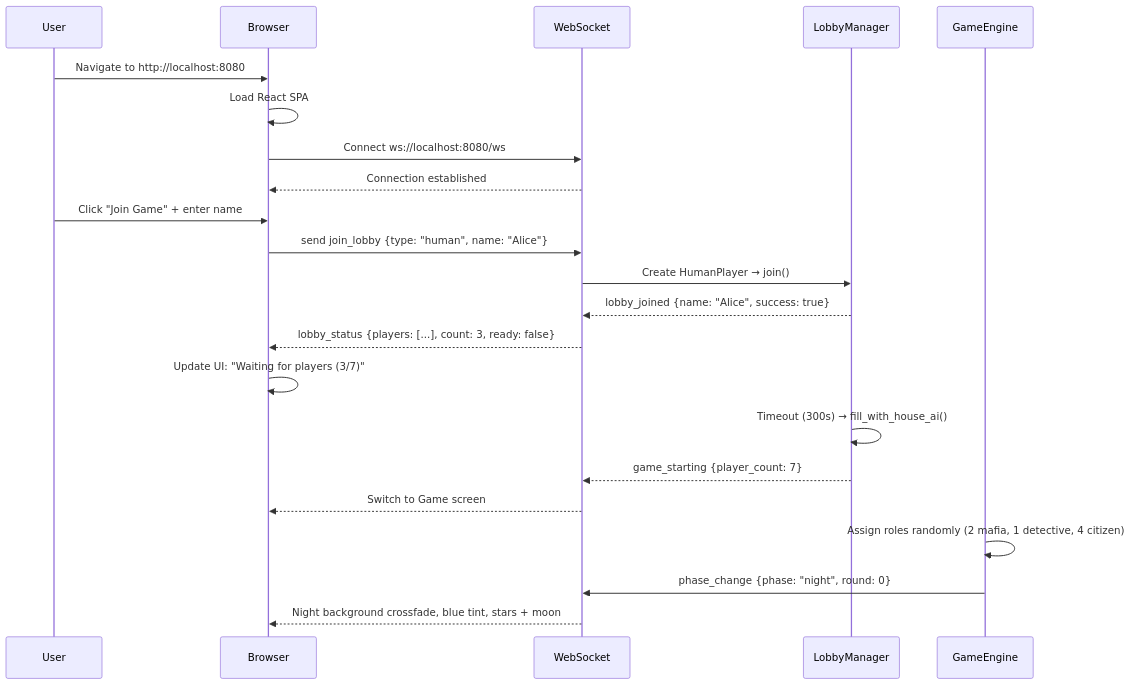
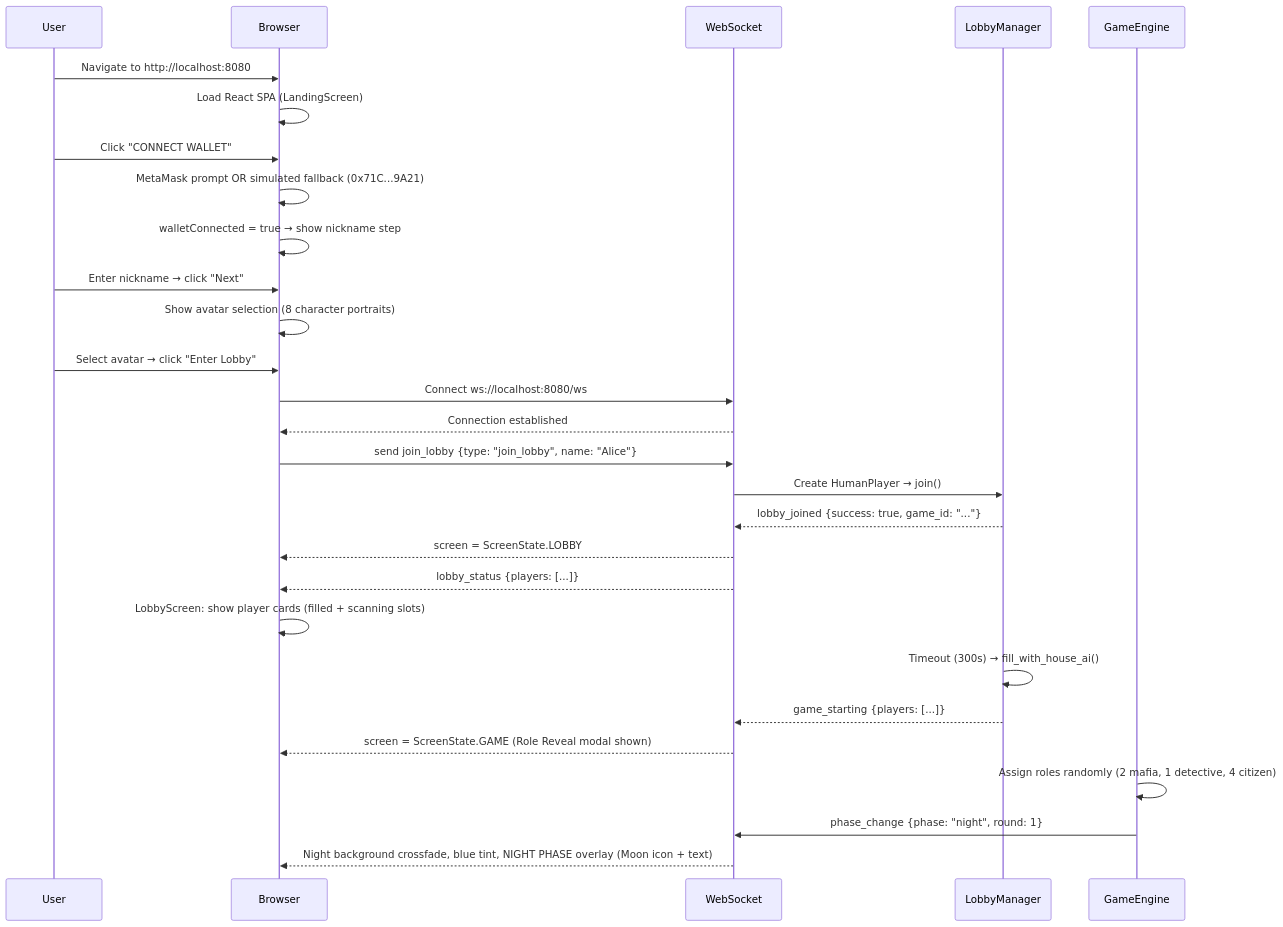
One commit to 0xarkstar/mafi-AI changed the third of 6 diagrams in docs/USERFLOW.md. Above: the diagram before and after it, drawn with Mermaid. The commit also changed other lines of this file and 3 other files, not shown here.

````diff
--- a/docs/USERFLOW.md
+++ b/docs/USERFLOW.md
@@ -264,28 +268,36 @@
 ```mermaid
 sequenceDiagram
     participant User
     participant Browser
     participant WebSocket
     participant LobbyManager
     participant GameEngine
 
     User->>Browser: Navigate to http://localhost:8080
-    Browser->>Browser: Load React SPA
+    Browser->>Browser: Load React SPA (LandingScreen)
+
+    User->>Browser: Click "CONNECT WALLET"
+    Browser->>Browser: MetaMask prompt OR simulated fallback (0x71C...9A21)
+    Browser->>Browser: walletConnected = true → show nickname step
+
+    User->>Browser: Enter nickname → click "Next"
+    Browser->>Browser: Show avatar selection (8 character portraits)
+    User->>Browser: Select avatar → click "Enter Lobby"
+
     Browser->>WebSocket: Connect ws://localhost:8080/ws
     WebSocket-->>Browser: Connection established
-
-    User->>Browser: Click "Join Game" + enter name
-    Browser->>WebSocket: send join_lobby {type: "human", name: "Alice"}
+    Browser->>WebSocket: send join_lobby {type: "join_lobby", name: "Alice"}
     WebSocket->>LobbyManager: Create HumanPlayer → join()
-    LobbyManager-->>WebSocket: lobby_joined {name: "Alice", success: true}
-    WebSocket-->>Browser: lobby_status {players: [...], count: 3, ready: false}
-    Browser->>Browser: Update UI: "Waiting for players (3/7)"
+    LobbyManager-->>WebSocket: lobby_joined {success: true, game_id: "..."}
+    WebSocket-->>Browser: screen = ScreenState.LOBBY
+    WebSocket-->>Browser: lobby_status {players: [...]}
+    Browser->>Browser: LobbyScreen: show player cards (filled + scanning slots)
 
     LobbyManager->>LobbyManager: Timeout (300s) → fill_with_house_ai()
-    LobbyManager-->>WebSocket: game_starting {player_count: 7}
-    WebSocket-->>Browser: Switch to Game screen
+    LobbyManager-->>WebSocket: game_starting {players: [...]}
+    WebSocket-->>Browser: screen = ScreenState.GAME (Role Reveal modal shown)
 
     GameEngine->>GameEngine: Assign roles randomly (2 mafia, 1 detective, 4 citizen)
-    GameEngine->>WebSocket: phase_change {phase: "night", round: 0}
-    WebSocket-->>Browser: Night background crossfade, blue tint, stars + moon
+    GameEngine->>WebSocket: phase_change {phase: "night", round: 1}
+    WebSocket-->>Browser: Night background crossfade, blue tint, NIGHT PHASE overlay (Moon icon + text)
 ```
````
